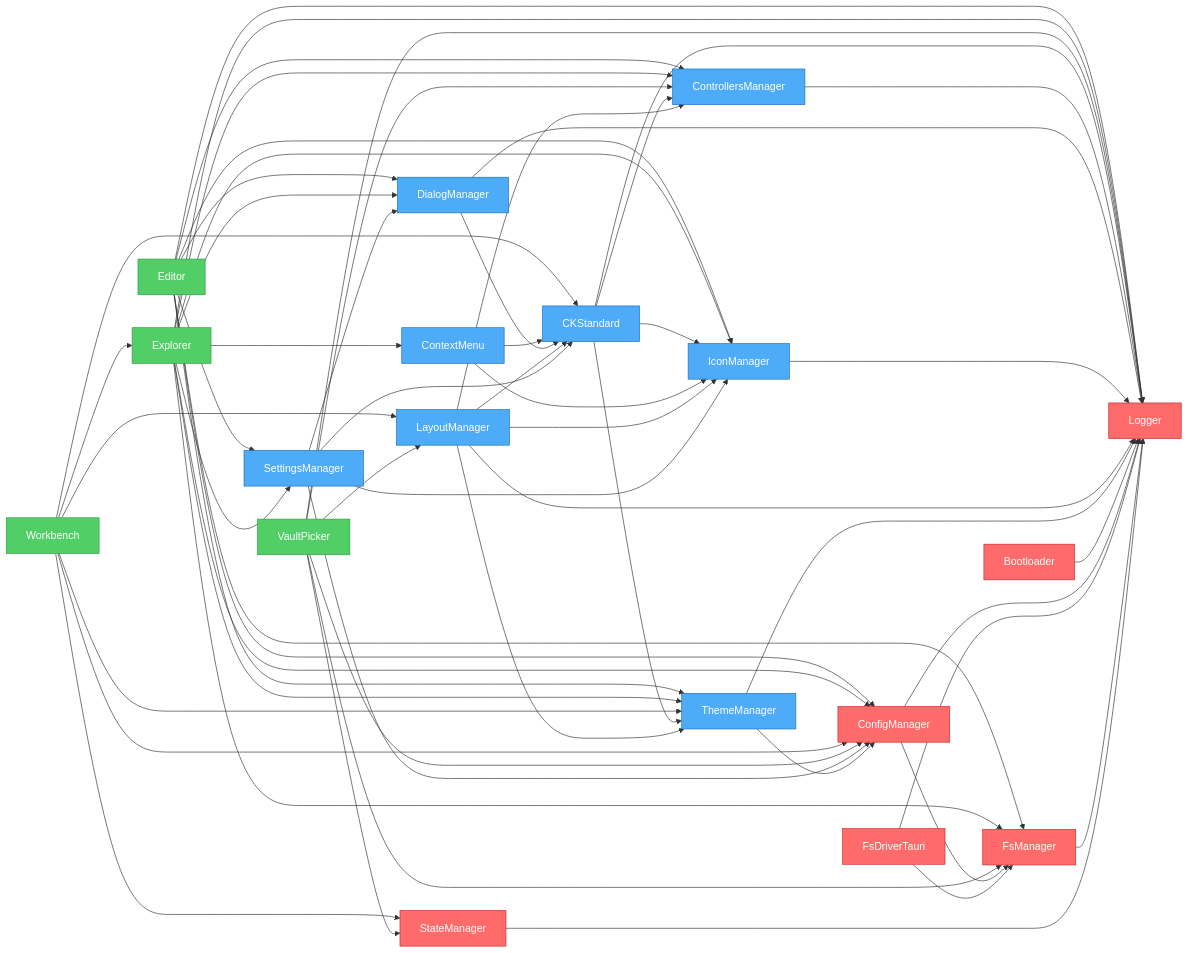
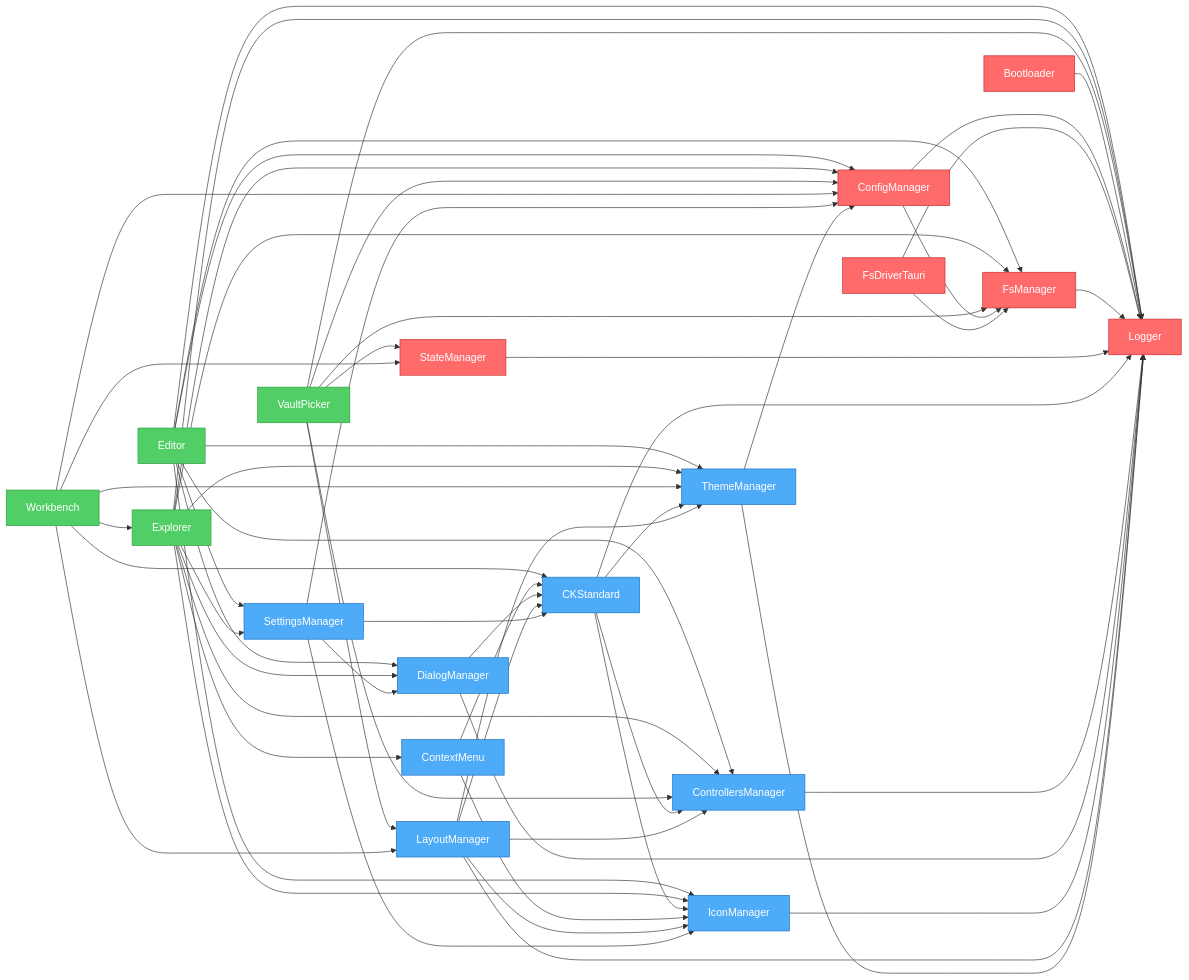
Before and after one commit to khton-tech/notehub.md: the diagram in artifacts/graph.mmd, drawn with Mermaid. The commit also changed other lines of this file and 4 other files, not shown here.

```diff
--- a/artifacts/graph.mmd
+++ b/artifacts/graph.mmd
@@ -1,85 +1,85 @@
 flowchart LR
     nh_features_editor["Editor"]
     nh_features_explorer["Explorer"]
+    nh_features_vault-picker["VaultPicker"]
     nh_features_workbench["Workbench"]
-    nh_features_vault-picker["VaultPicker"]
+    nh_system_bootloader["Bootloader"]
+    nh_system_config-manager["ConfigManager"]
+    nh_system_fs-driver-tauri["FsDriverTauri"]
+    nh_system_fs-manager["FsManager"]
+    nh_system_logger["Logger"]
+    nh_system_state-manager["StateManager"]
     nh_ui_ck-standard["CKStandard"]
     nh_ui_context-menu["ContextMenu"]
     nh_ui_controllers-manager["ControllersManager"]
     nh_ui_dialog-manager["DialogManager"]
     nh_ui_icon-manager["IconManager"]
     nh_ui_layout-manager["LayoutManager"]
     nh_ui_settings-manager["SettingsManager"]
     nh_ui_theme-manager["ThemeManager"]
-    nh_system_bootloader["Bootloader"]
-    nh_system_config-manager["ConfigManager"]
-    nh_system_fs-driver-tauri["FsDriverTauri"]
-    nh_system_fs-manager["FsManager"]
-    nh_system_logger["Logger"]
-    nh_system_state-manager["StateManager"]
     nh_features_editor --> nh_system_config-manager
     nh_features_editor --> nh_ui_settings-manager
     nh_features_editor --> nh_system_fs-manager
     nh_features_editor --> nh_system_logger
     nh_features_editor --> nh_ui_controllers-manager
     nh_features_editor --> nh_ui_dialog-manager
     nh_features_editor --> nh_ui_icon-manager
     nh_features_editor --> nh_ui_theme-manager
     nh_features_explorer --> nh_system_config-manager
     nh_features_explorer --> nh_ui_settings-manager
     nh_features_explorer --> nh_system_fs-manager
     nh_features_explorer --> nh_system_logger
     nh_features_explorer --> nh_ui_controllers-manager
     nh_features_explorer --> nh_ui_icon-manager
     nh_features_explorer --> nh_ui_theme-manager
     nh_features_explorer --> nh_ui_context-menu
     nh_features_explorer --> nh_ui_dialog-manager
+    nh_features_vault-picker --> nh_system_fs-manager
+    nh_features_vault-picker --> nh_system_config-manager
+    nh_features_vault-picker --> nh_system_state-manager
+    nh_features_vault-picker --> nh_system_logger
+    nh_features_vault-picker --> nh_ui_controllers-manager
+    nh_features_vault-picker --> nh_ui_layout-manager
     nh_features_workbench --> nh_system_config-manager
     nh_features_workbench --> nh_ui_layout-manager
     nh_features_workbench --> nh_ui_theme-manager
     nh_features_workbench --> nh_ui_ck-standard
     nh_features_workbench --> nh_system_state-manager
     nh_features_workbench --> nh_features_explorer
-    nh_features_vault-picker --> nh_system_fs-manager
-    nh_features_vault-picker --> nh_system_config-manager
-    nh_features_vault-picker --> nh_system_state-manager
-    nh_features_vault-picker --> nh_system_logger
-    nh_features_vault-picker --> nh_ui_controllers-manager
-    nh_features_vault-picker --> nh_ui_layout-manager
+    nh_system_bootloader --> nh_system_logger
+    nh_system_config-manager --> nh_system_logger
+    nh_system_config-manager --> nh_system_fs-manager
+    nh_system_fs-driver-tauri --> nh_system_logger
+    nh_system_fs-driver-tauri --> nh_system_fs-manager
+    nh_system_fs-manager --> nh_system_logger
+    nh_system_state-manager --> nh_system_logger
     nh_ui_ck-standard --> nh_system_logger
     nh_ui_ck-standard --> nh_ui_controllers-manager
     nh_ui_ck-standard --> nh_ui_icon-manager
     nh_ui_ck-standard --> nh_ui_theme-manager
     nh_ui_context-menu --> nh_ui_icon-manager
     nh_ui_context-menu --> nh_ui_ck-standard
     nh_ui_controllers-manager --> nh_system_logger
     nh_ui_dialog-manager --> nh_system_logger
     nh_ui_dialog-manager --> nh_ui_ck-standard
     nh_ui_icon-manager --> nh_system_logger
     nh_ui_layout-manager --> nh_system_logger
     nh_ui_layout-manager --> nh_ui_theme-manager
     nh_ui_layout-manager --> nh_ui_icon-manager
     nh_ui_layout-manager --> nh_ui_controllers-manager
     nh_ui_layout-manager --> nh_ui_ck-standard
     nh_ui_settings-manager --> nh_system_config-manager
     nh_ui_settings-manager --> nh_ui_ck-standard
     nh_ui_settings-manager --> nh_ui_icon-manager
     nh_ui_settings-manager --> nh_ui_dialog-manager
     nh_ui_theme-manager --> nh_system_logger
     nh_ui_theme-manager --> nh_system_config-manager
-    nh_system_bootloader --> nh_system_logger
-    nh_system_config-manager --> nh_system_logger
-    nh_system_config-manager --> nh_system_fs-manager
-    nh_system_fs-driver-tauri --> nh_system_logger
-    nh_system_fs-driver-tauri --> nh_system_fs-manager
-    nh_system_fs-manager --> nh_system_logger
-    nh_system_state-manager --> nh_system_logger
 
     %% Styles
     classDef system fill:#ff6b6b,stroke:#c92a2a,color:#fff
     classDef ui fill:#4dabf7,stroke:#1971c2,color:#fff
     classDef feature fill:#51cf66,stroke:#2f9e44,color:#fff
     class nh_features_editor,nh_features_explorer,nh_features_workbench feature
     class nh_features_vault-picker feature
+    class nh_system_bootloader,nh_system_config-manager,nh_system_fs-driver-tauri,nh_system_fs-manager,nh_system_logger,nh_system_state-manager system
     class nh_ui_ck-standard,nh_ui_context-menu,nh_ui_controllers-manager,nh_ui_dialog-manager,nh_ui_icon-manager,nh_ui_layout-manager,nh_ui_settings-manager,nh_ui_theme-manager ui
-    class nh_system_bootloader,nh_system_config-manager,nh_system_fs-driver-tauri,nh_system_fs-manager,nh_system_logger,nh_system_state-manager system
```
